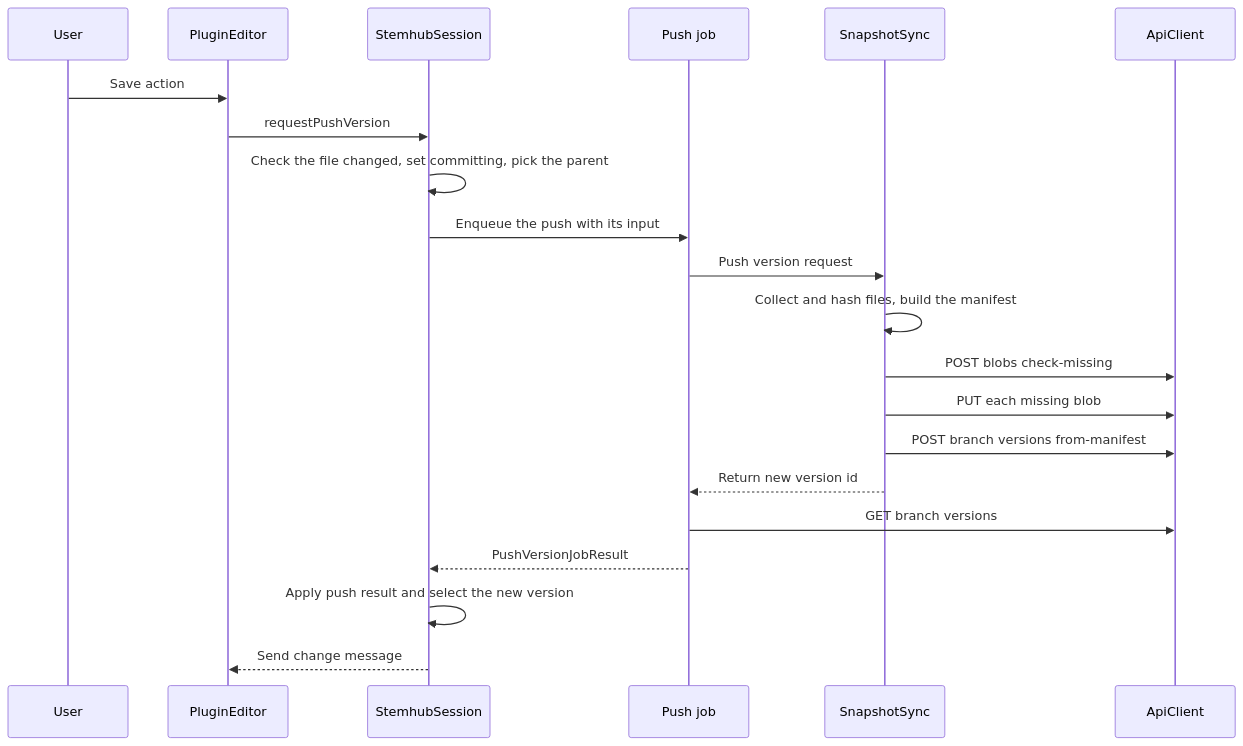
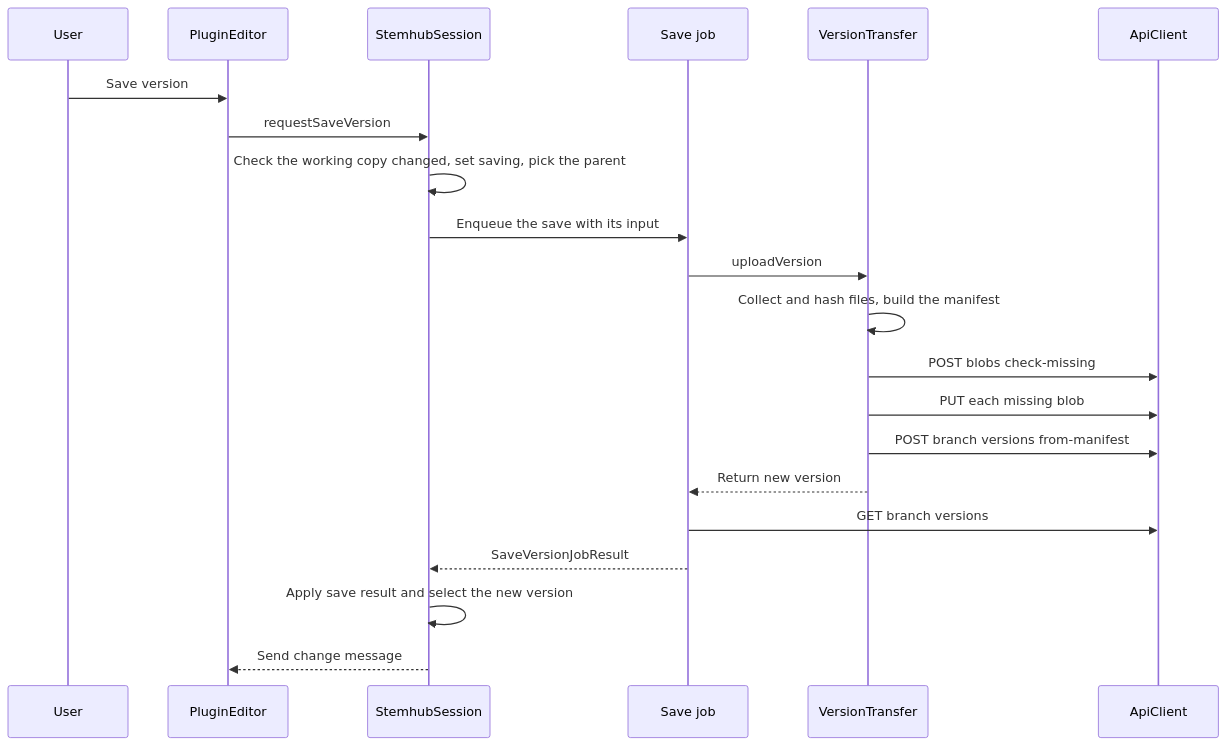
One commit to stemhub-org/Stemhub changed the second of 4 diagrams in docs/plugin-data-flow.md. Above: the diagram before and after it, drawn with Mermaid. The commit also changed other lines of this file and 13 other files, not shown here.

````diff
--- a/docs/plugin-data-flow.md
+++ b/docs/plugin-data-flow.md
@@ -218,24 +232,24 @@
 ```mermaid
 sequenceDiagram
     participant U as User
     participant E as PluginEditor
     participant P as StemhubSession
-    participant W as Push job
-    participant V as SnapshotSync
+    participant W as Save job
+    participant V as VersionTransfer
     participant A as ApiClient
 
-    U->>E: Save action
-    E->>P: requestPushVersion
-    P->>P: Check the file changed, set committing, pick the parent
-    P->>W: Enqueue the push with its input
-    W->>V: Push version request
+    U->>E: Save version
+    E->>P: requestSaveVersion
+    P->>P: Check the working copy changed, set saving, pick the parent
+    P->>W: Enqueue the save with its input
+    W->>V: uploadVersion
     V->>V: Collect and hash files, build the manifest
     V->>A: POST blobs check-missing
     V->>A: PUT each missing blob
     V->>A: POST branch versions from-manifest
-    V-->>W: Return new version id
+    V-->>W: Return new version
     W->>A: GET branch versions
-    W-->>P: PushVersionJobResult
-    P->>P: Apply push result and select the new version
+    W-->>P: SaveVersionJobResult
+    P->>P: Apply save result and select the new version
     P-->>E: Send change message
 ```
````
